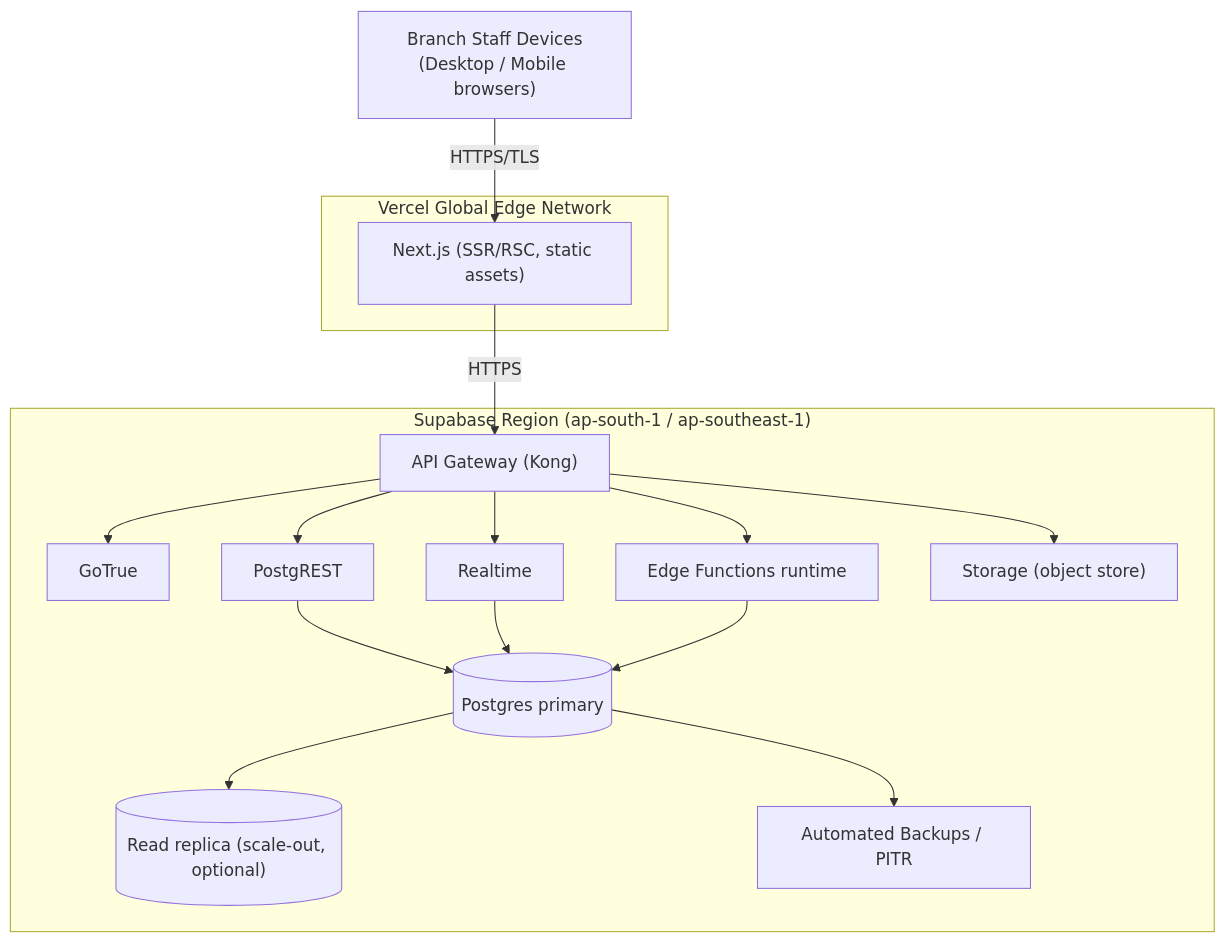
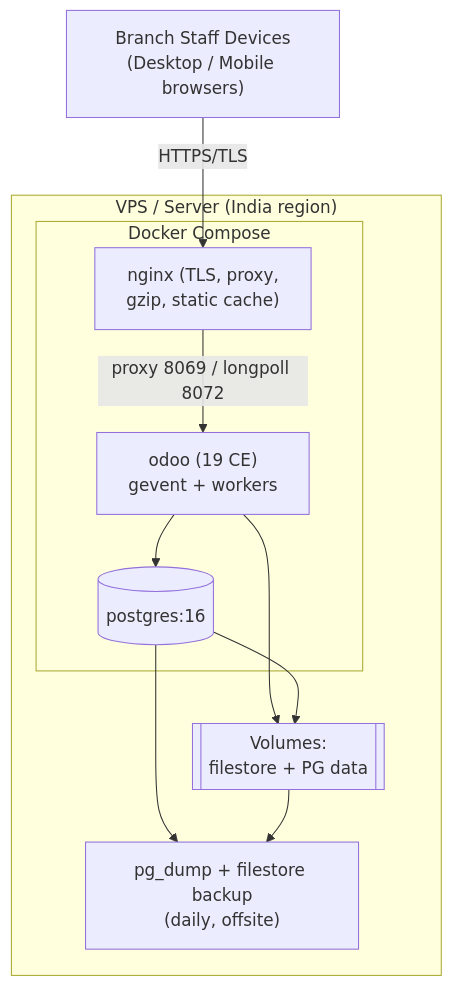
The fifth of 8 diagrams in docs/TechnicalArchitecture.md (arunideen/branch-cash-management-system-odoo), drawn with Mermaid before and after one commit. The commit also changed other lines of this file and 53 other files, not shown here.

````diff
--- a/docs/TechnicalArchitecture.md
+++ b/docs/TechnicalArchitecture.md
@@ -241,26 +244,21 @@
 ```mermaid
 graph TB
     User["Branch Staff Devices<br/>(Desktop / Mobile browsers)"]
-    subgraph CDN["Vercel Global Edge Network"]
-        V["Next.js (SSR/RSC, static assets)"]
+    subgraph Host["VPS / Server (India region)"]
+        subgraph Docker["Docker Compose"]
+            NG["nginx (TLS, proxy,<br/>gzip, static cache)"]
+            ODOO["odoo (19 CE)<br/>gevent + workers"]
+            PGC[("postgres:16")]
+        end
+        VOL[["Volumes:<br/>filestore + PG data"]]
+        BKP["pg_dump + filestore backup<br/>(daily, offsite)"]
     end
-    subgraph Region["Supabase Region (ap-south-1 / ap-southeast-1)"]
-        LB["API Gateway (Kong)"]
-        AUTHN["GoTrue"]
-        PGREST["PostgREST"]
-        RTS["Realtime"]
-        FUNC["Edge Functions runtime"]
-        OBJ["Storage (object store)"]
-        DBP[("Postgres primary")]
-        DBR[("Read replica (scale-out, optional)")]
-        BKP["Automated Backups / PITR"]
-    end
-    User -->|HTTPS/TLS| V
-    V -->|HTTPS| LB
-    LB --> AUTHN & PGREST & RTS & FUNC & OBJ
-    PGREST --> DBP
-    RTS --> DBP
-    FUNC --> DBP
-    DBP --> DBR
-    DBP --> BKP
+
+    User -->|HTTPS/TLS| NG
+    NG -->|proxy 8069 / longpoll 8072| ODOO
+    ODOO --> PGC
+    ODOO --> VOL
+    PGC --> VOL
+    PGC --> BKP
+    VOL --> BKP
 ```
````
